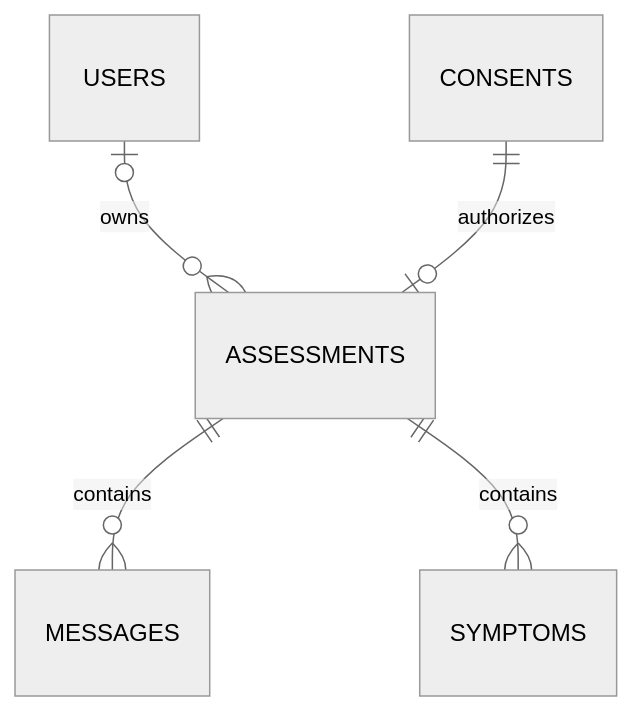
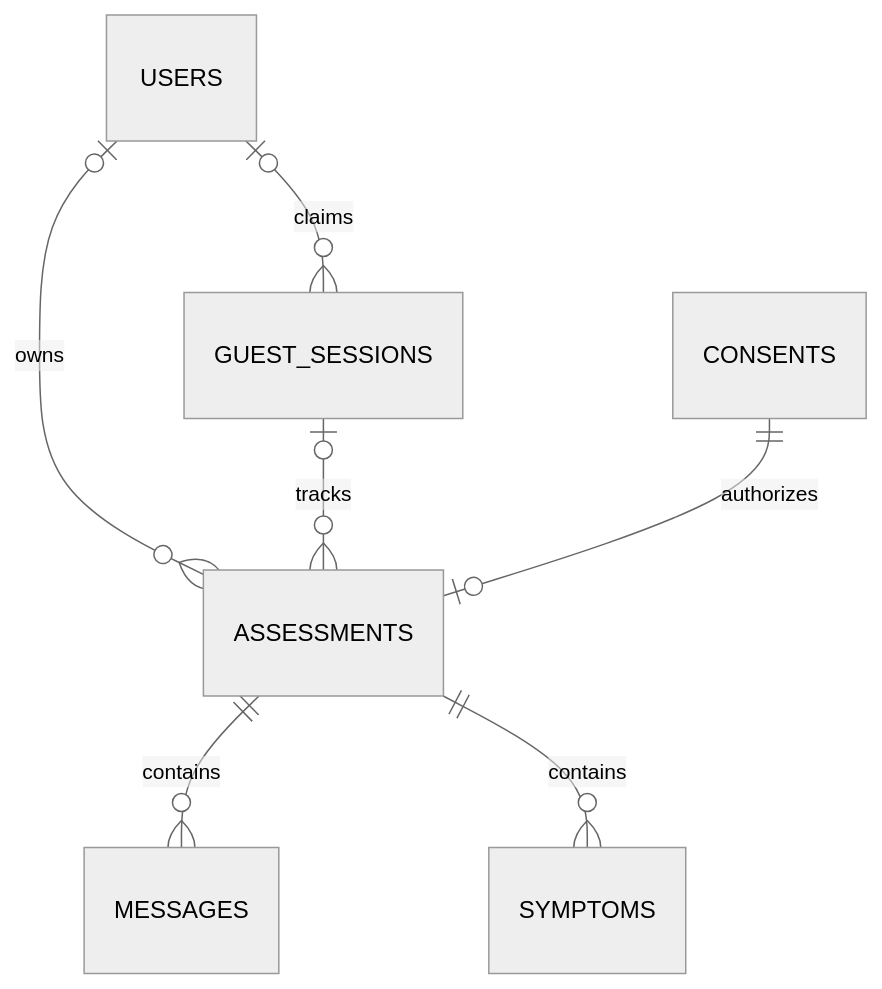
The diagram in docs/database.md (NT1906/AI_based_Symptom_Checker), drawn with Mermaid (neutral theme) before and after one commit. The commit also changed other lines of this file and 1 other file, not shown here.

First line of the commit message:
test(db): add comprehensive guest session unit tests and update docs

````diff
--- a/docs/database.md
+++ b/docs/database.md
@@ -46,7 +47,9 @@
 ```mermaid
 erDiagram
     USERS o|--o{ ASSESSMENTS : owns
+    USERS o|--o{ GUEST_SESSIONS : claims
+    GUEST_SESSIONS o|--o{ ASSESSMENTS : tracks
     CONSENTS ||--o| ASSESSMENTS : authorizes
     ASSESSMENTS ||--o{ MESSAGES : contains
     ASSESSMENTS ||--o{ SYMPTOMS : contains
 ```
````
